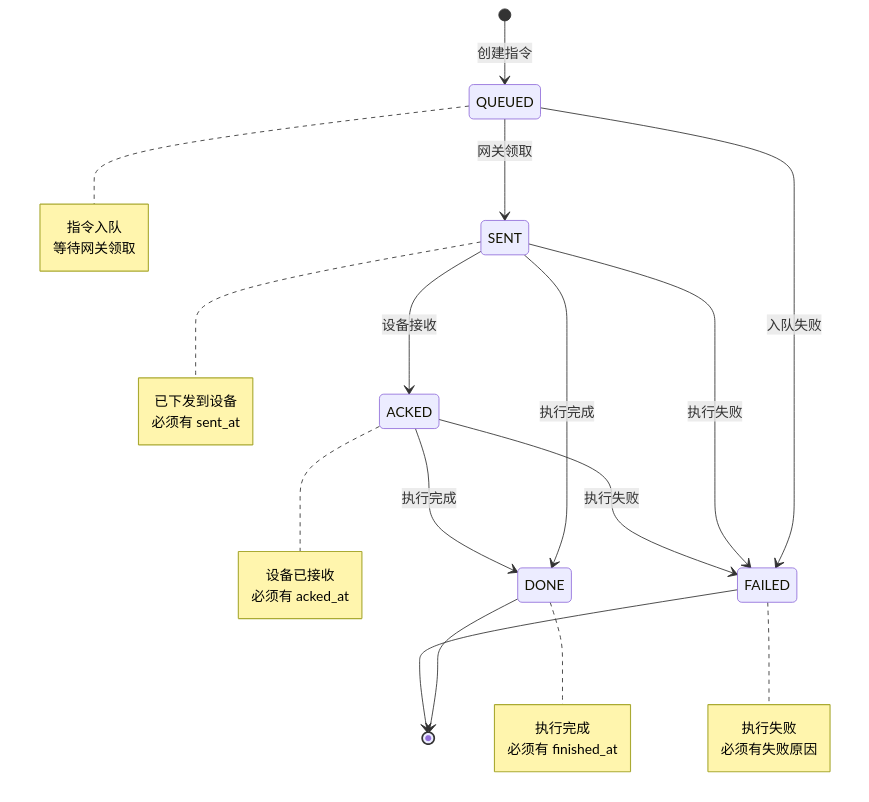
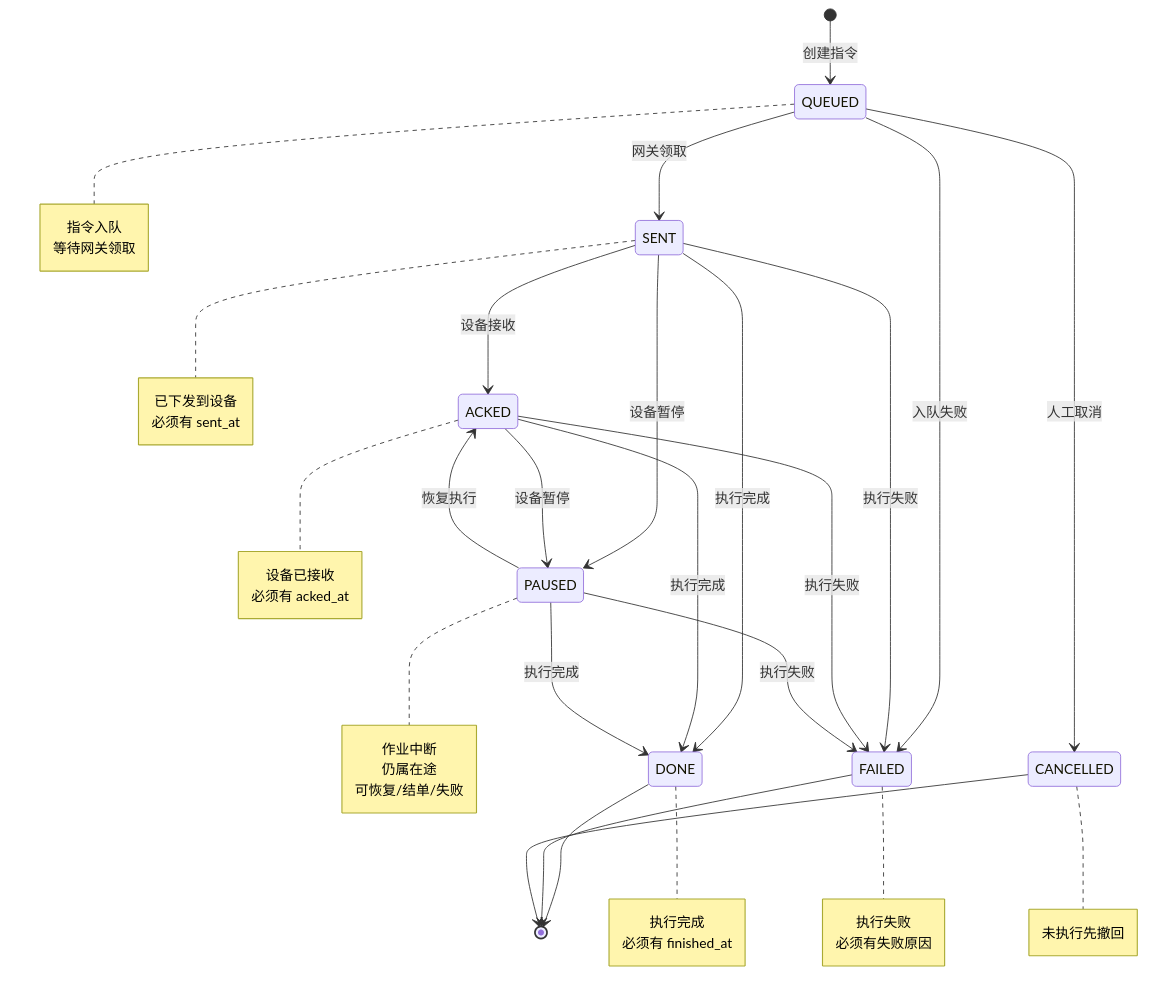
One commit to q446328246/agri-platform changed the tenth of 31 diagrams in .qoder/repowiki/zh/content/数据库设计/数据库设计.md. Above: the diagram before and after it, drawn with Mermaid. The commit also changed other lines of this file and 46 other files, not shown here.

````diff
--- a/.qoder/repowiki/zh/content/数据库设计/数据库设计.md
+++ b/.qoder/repowiki/zh/content/数据库设计/数据库设计.md
@@ -1255,33 +1324,48 @@
 ```mermaid
 stateDiagram-v2
 [*] --> QUEUED : 创建指令
 QUEUED --> SENT : 网关领取
+QUEUED --> CANCELLED : 人工取消
 QUEUED --> FAILED : 入队失败
 SENT --> ACKED : 设备接收
+SENT --> PAUSED : 设备暂停
 SENT --> DONE : 执行完成
 SENT --> FAILED : 执行失败
+ACKED --> PAUSED : 设备暂停
 ACKED --> DONE : 执行完成
 ACKED --> FAILED : 执行失败
+PAUSED --> ACKED : 恢复执行
+PAUSED --> DONE : 执行完成
+PAUSED --> FAILED : 执行失败
 DONE --> [*]
 FAILED --> [*]
+CANCELLED --> [*]
 note right of QUEUED
 指令入队
 等待网关领取
 end note
 note right of SENT
 已下发到设备
 必须有 sent_at
 end note
 note right of ACKED
 设备已接收
 必须有 acked_at
 end note
+note right of PAUSED
+作业中断
+仍属在途
+可恢复/结单/失败
+end note
 note right of DONE
 执行完成
 必须有 finished_at
 end note
 note right of FAILED
 执行失败
 必须有失败原因
 end note
+note right of CANCELLED
+未执行先撤回
+end note
 ```
````
